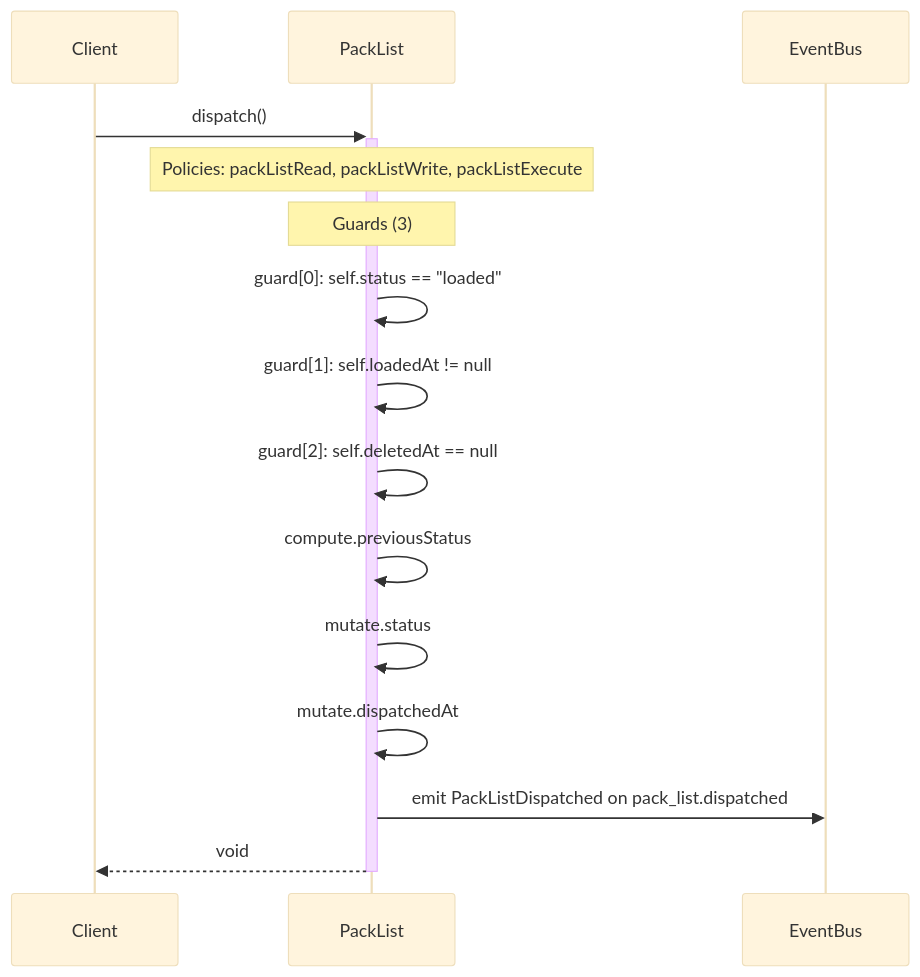
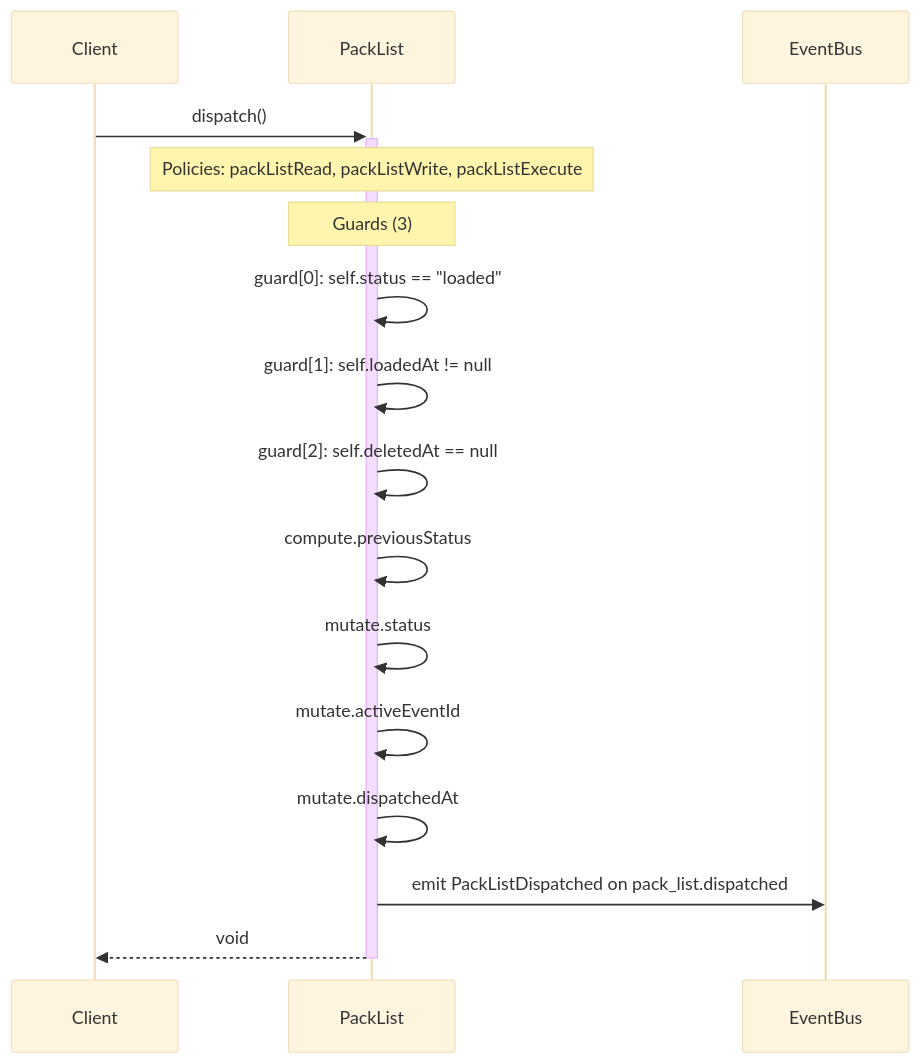
Before and after one commit to Angriff36/capsule: the diagram in diagrams/sequence-PackList-dispatch.mmd, drawn with Mermaid (base theme). The commit also changed 15 other files, not shown here.

```diff
--- a/diagrams/sequence-PackList-dispatch.mmd
+++ b/diagrams/sequence-PackList-dispatch.mmd
@@ -1,15 +1,16 @@
 sequenceDiagram
     participant Client
     participant PackList as PackList
     participant EventBus
     Client->>+PackList: dispatch()
     Note over PackList: Policies: packListRead, packListWrite, packListExecute
     Note over PackList: Guards (3)
     PackList->>PackList: guard[0]: self.status == #quot;loaded#quot;
     PackList->>PackList: guard[1]: self.loadedAt != null
     PackList->>PackList: guard[2]: self.deletedAt == null
     PackList->>PackList: compute.previousStatus
     PackList->>PackList: mutate.status
+    PackList->>PackList: mutate.activeEventId
     PackList->>PackList: mutate.dispatchedAt
     PackList->>EventBus: emit PackListDispatched on pack_list.dispatched
     PackList-->>-Client: void
```
